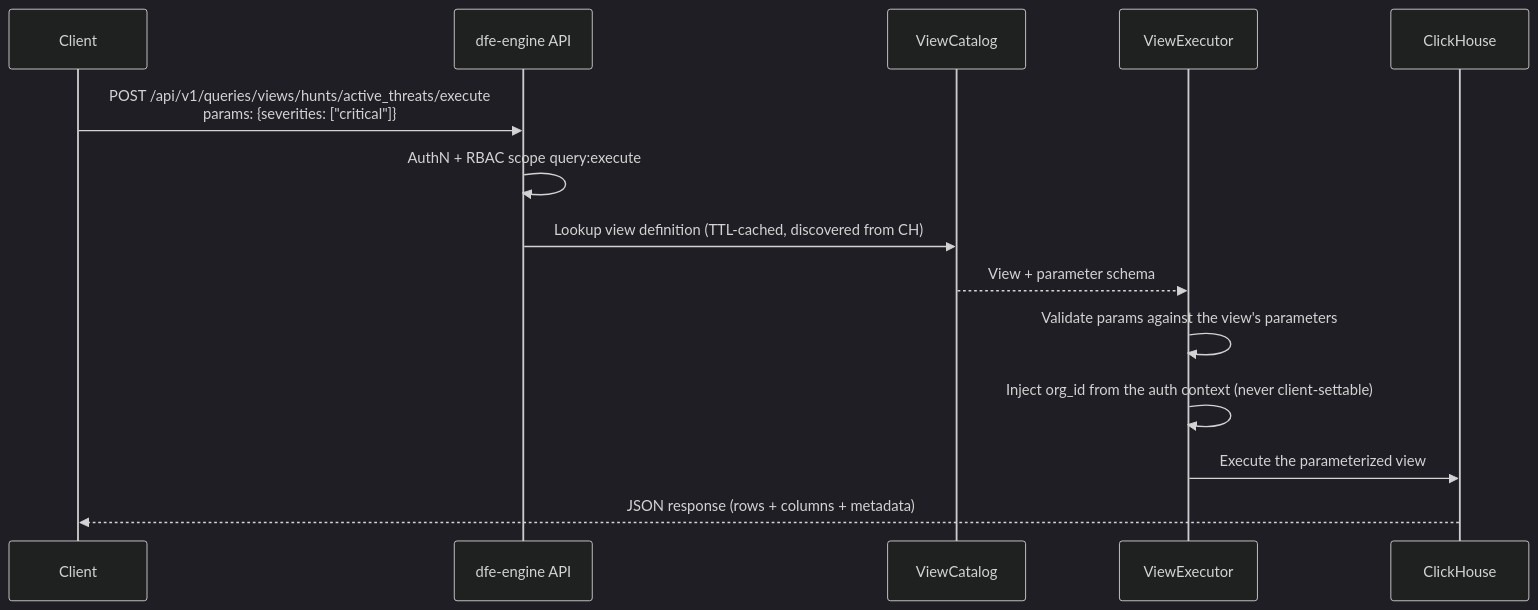
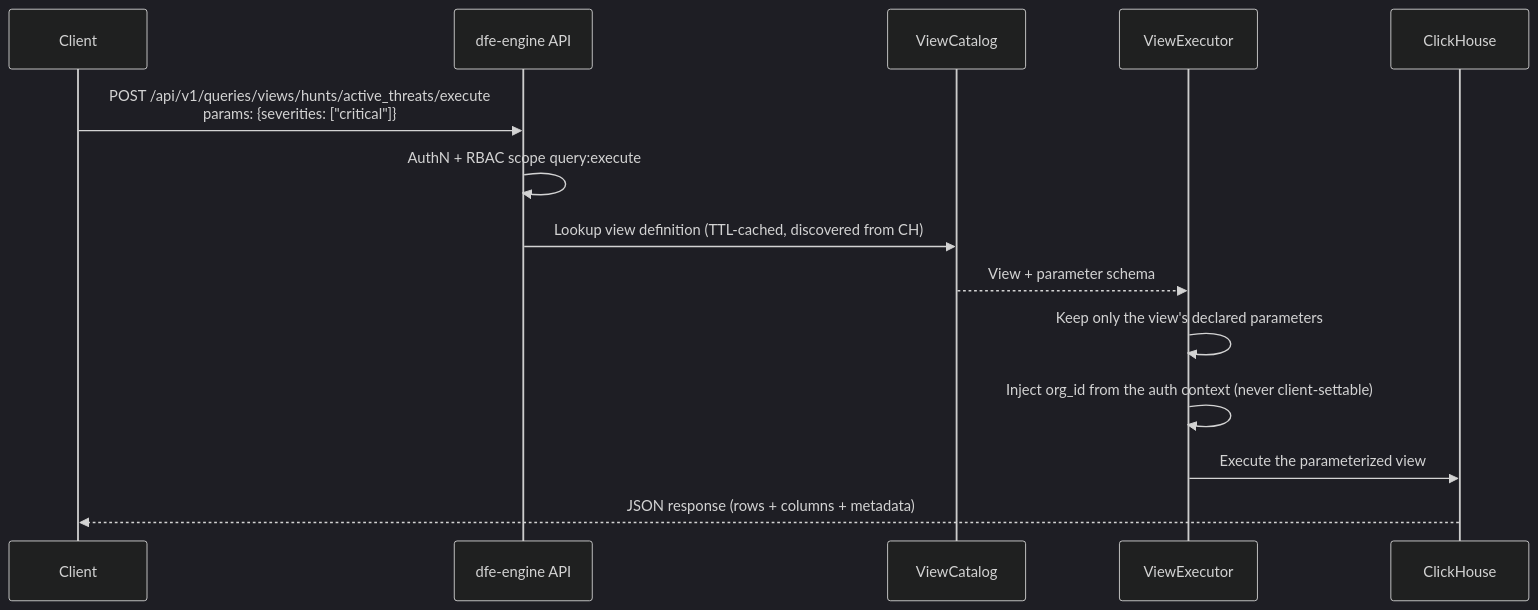
One commit to hyperi-io/dfe-engine changed the first of 4 diagrams in docs/data-plane/query-api.md. Above: the diagram before and after it, drawn with Mermaid (dark theme). The commit also changed other lines of this file and 27 other files, not shown here.

````diff
--- a/docs/data-plane/query-api.md
+++ b/docs/data-plane/query-api.md
@@ -45,17 +30,17 @@
 ```mermaid
 sequenceDiagram
     participant C as Client
     participant API as dfe-engine API
     participant CAT as ViewCatalog
     participant EX as ViewExecutor
     participant DB as ClickHouse
 
     C->>API: POST /api/v1/queries/views/hunts/active_threats/execute<br/>params: {severities: ["critical"]}
     API->>API: AuthN + RBAC scope query:execute
     API->>CAT: Lookup view definition (TTL-cached, discovered from CH)
     CAT-->>EX: View + parameter schema
-    EX->>EX: Validate params against the view's parameters
+    EX->>EX: Keep only the view's declared parameters
     EX->>EX: Inject org_id from the auth context (never client-settable)
     EX->>DB: Execute the parameterized view
     DB-->>C: JSON response (rows + columns + metadata)
 ```
````
